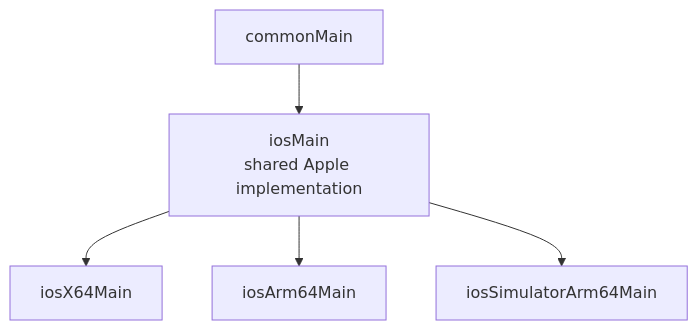
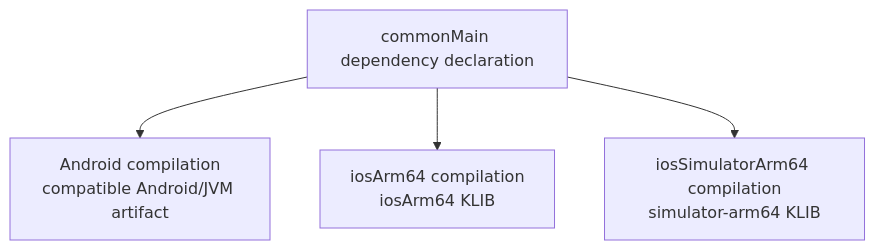
Before and after one commit to swarnsingh/android-staff-engineer-playbook-website: the second of 3 diagrams in android/kotlin-multiplatform/tooling/build-system-and-source-sets.md, drawn with Mermaid. The commit also changed other lines of this file and 1 other file, not shown here.

````diff
--- a/android/kotlin-multiplatform/tooling/build-system-and-source-sets.md
+++ b/android/kotlin-multiplatform/tooling/build-system-and-source-sets.md
@@ -244,7 +112,6 @@
 ```mermaid
 flowchart TD
-    Common["commonMain"] --> IOS["iosMain<br/>shared Apple implementation"]
-    IOS --> X64["iosX64Main"]
-    IOS --> Arm["iosArm64Main"]
-    IOS --> SimArm["iosSimulatorArm64Main"]
+    Dependency["commonMain dependency declaration"] --> AndroidVariant["Android compilation<br/>compatible Android/JVM artifact"]
+    Dependency --> DeviceVariant["iosArm64 compilation<br/>iosArm64 KLIB"]
+    Dependency --> SimulatorVariant["iosSimulatorArm64 compilation<br/>simulator-arm64 KLIB"]
 ```
````
